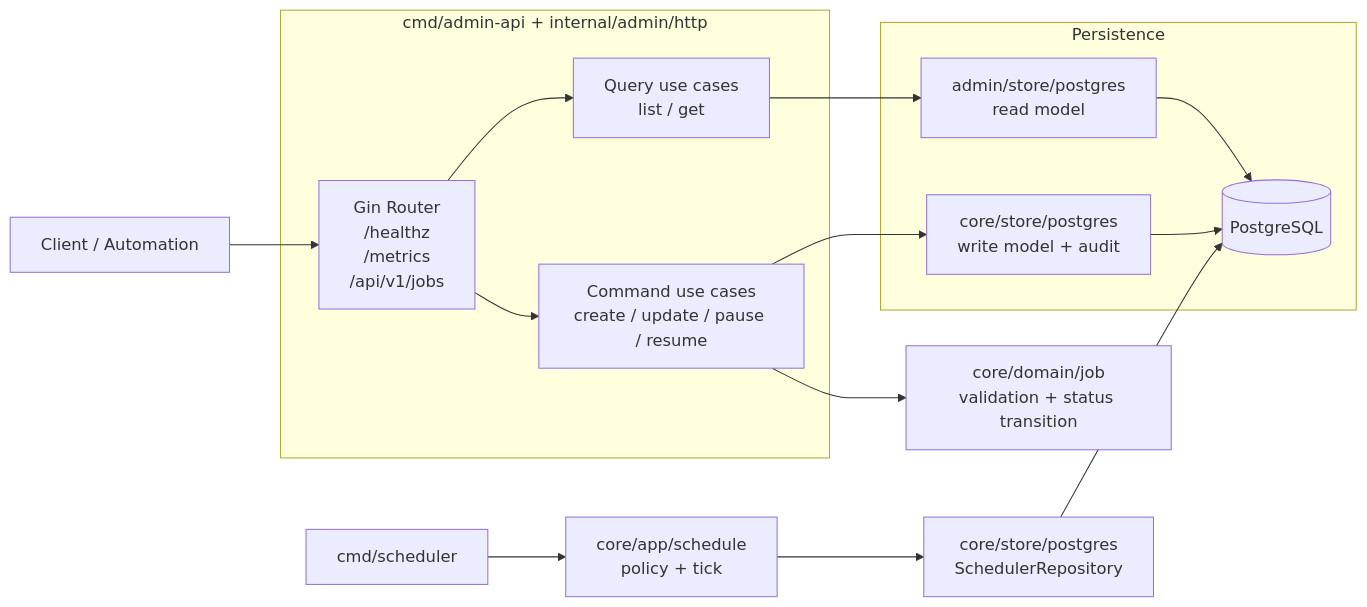
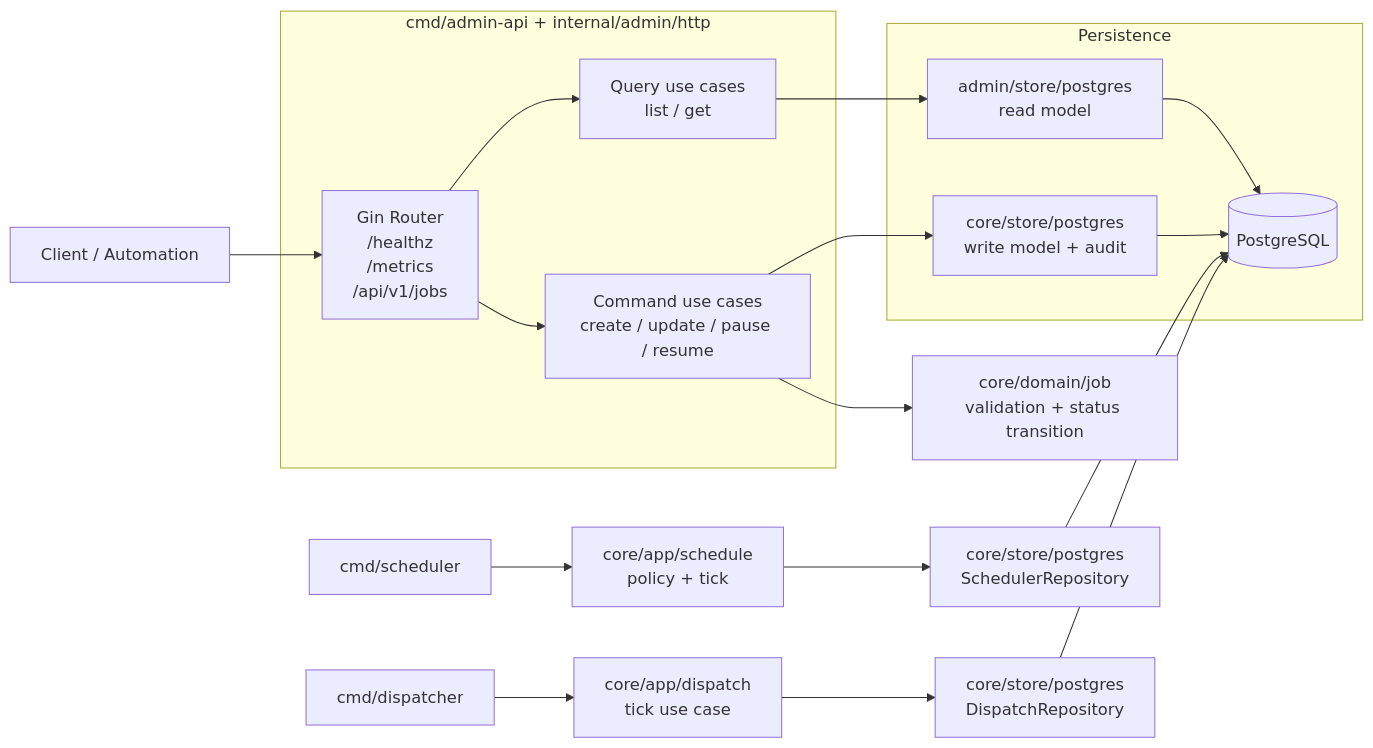
Before and after one commit to s3loy/orbitjob: the diagram in README.en.md, drawn with Mermaid. The commit also changed other lines of this file and 5 other files, not shown here.

````diff
--- a/README.en.md
+++ b/README.en.md
@@ -27,22 +30,26 @@
 ```mermaid
 flowchart LR
     Client["Client / Automation"] --> Router["Gin Router<br/>/healthz<br/>/metrics<br/>/api/v1/jobs"]
 
     subgraph AdminAPI["cmd/admin-api + internal/admin/http"]
         Router --> QueryUC["Query use cases<br/>list / get"]
         Router --> CommandUC["Command use cases<br/>create / update / pause / resume"]
     end
 
     subgraph Storage["Persistence"]
         ReadRepo["admin/store/postgres<br/>read model"] --> DB[("PostgreSQL")]
         WriteRepo["core/store/postgres<br/>write model + audit"] --> DB
     end
 
     QueryUC --> ReadRepo
     CommandUC --> Domain["core/domain/job<br/>validation + status transition"]
     CommandUC --> WriteRepo
 
     Scheduler["cmd/scheduler"] --> ScheduleUC["core/app/schedule<br/>policy + tick"]
     ScheduleUC --> SchedulerRepo["core/store/postgres<br/>SchedulerRepository"]
     SchedulerRepo --> DB
+
+    Dispatcher["cmd/dispatcher"] --> DispatchUC["core/app/dispatch<br/>tick use case"]
+    DispatchUC --> DispatchRepo["core/store/postgres<br/>DispatchRepository"]
+    DispatchRepo --> DB
 ```
````
